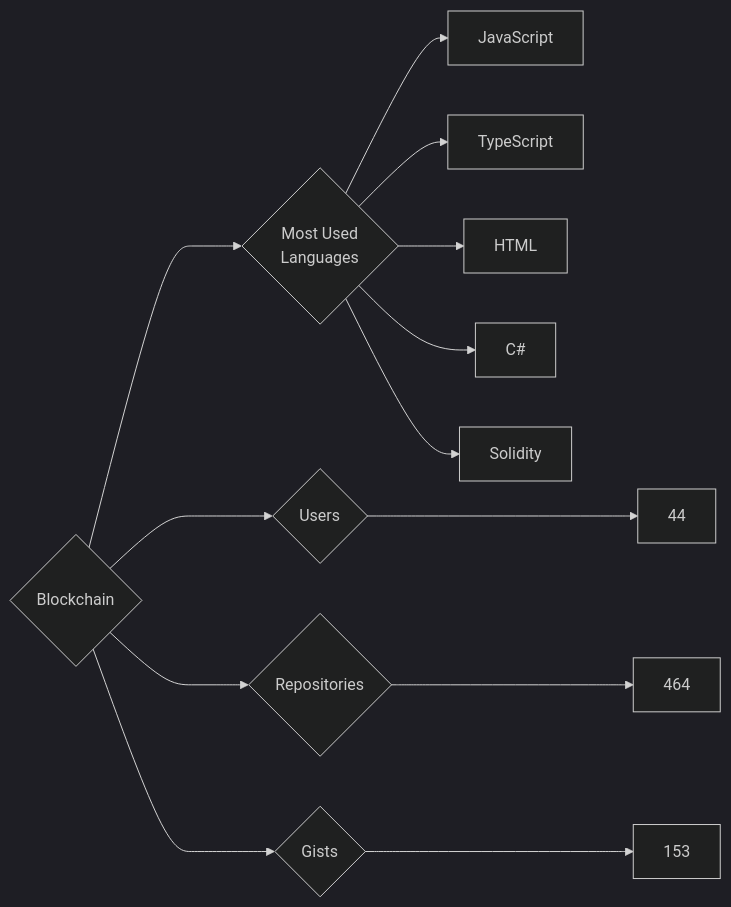
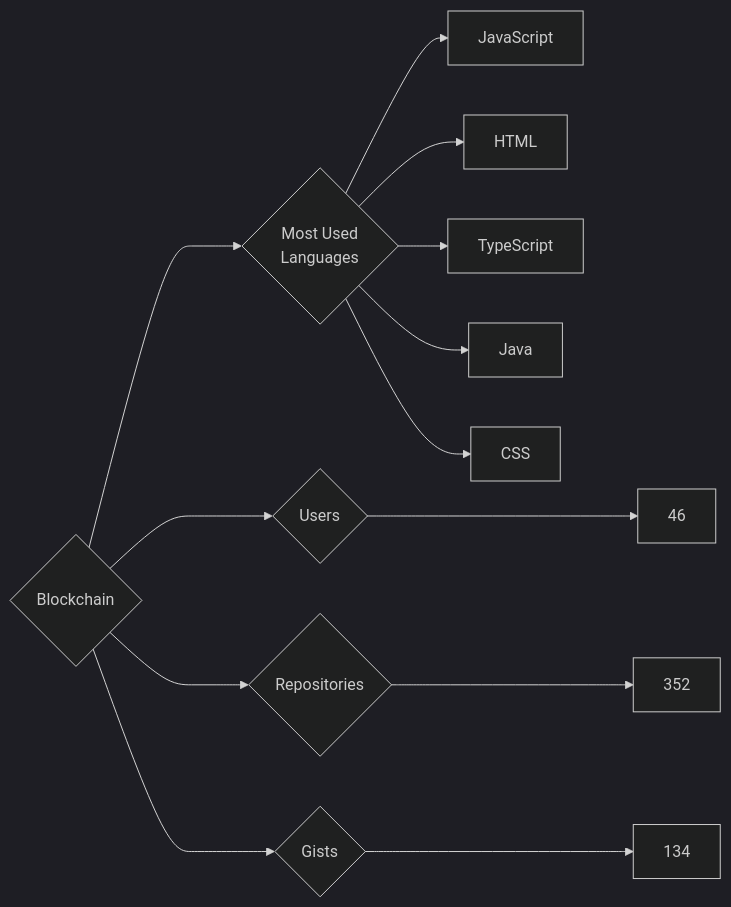
The diagram in targets/Blockchain/README.md (trickest/insiders), drawn with Mermaid (dark theme) before and after one commit. The commit also changed 639 other files, not shown here.

````diff
--- a/targets/Blockchain/README.md
+++ b/targets/Blockchain/README.md
@@ -3,13 +3,13 @@
 ```mermaid
 graph LR
 COMPANY_NAME{Blockchain}
-COMPANY_NAME ---> U{Users} ---> UN[44]
-COMPANY_NAME ---> R{Repositories} ---> RN[464]
-COMPANY_NAME ---> G{Gists} ---> GN[153]
+COMPANY_NAME ---> U{Users} ---> UN[46]
+COMPANY_NAME ---> R{Repositories} ---> RN[352]
+COMPANY_NAME ---> G{Gists} ---> GN[134]
 COMPANY_NAME ---> ML{Most Used<br>Languages}
 ML --> JavaScript[JavaScript]
+ML --> HTML[HTML]
 ML --> TypeScript[TypeScript]
-ML --> HTML[HTML]
-ML --> C#[C#]
-ML --> Solidity[Solidity]
+ML --> Java[Java]
+ML --> CSS[CSS]
 ```
````
